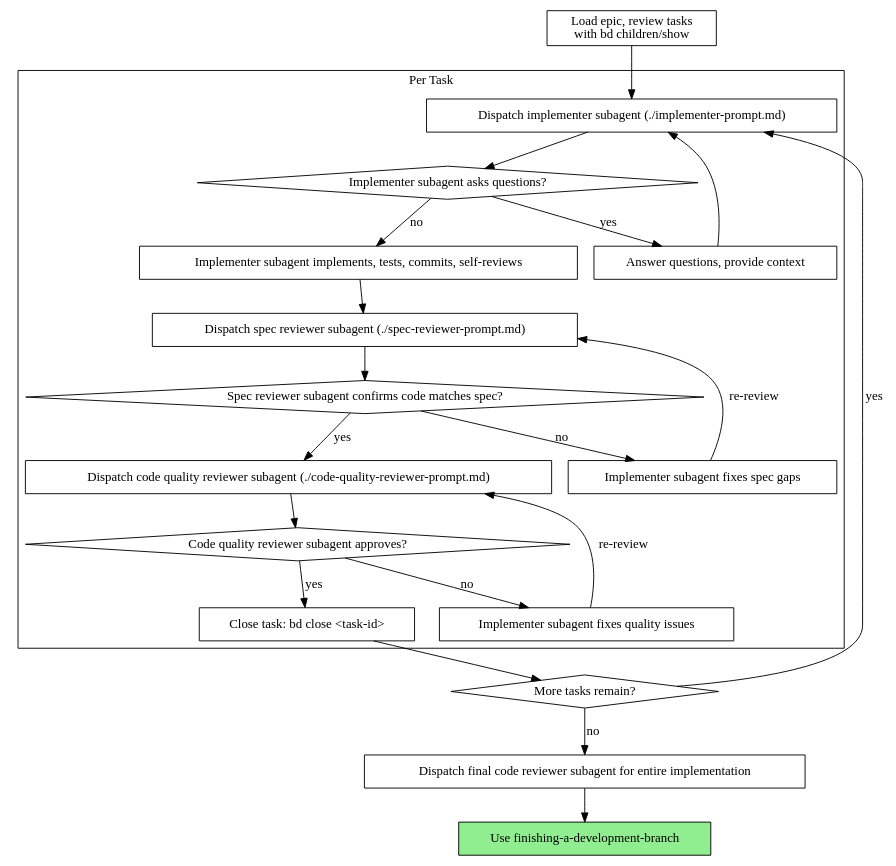
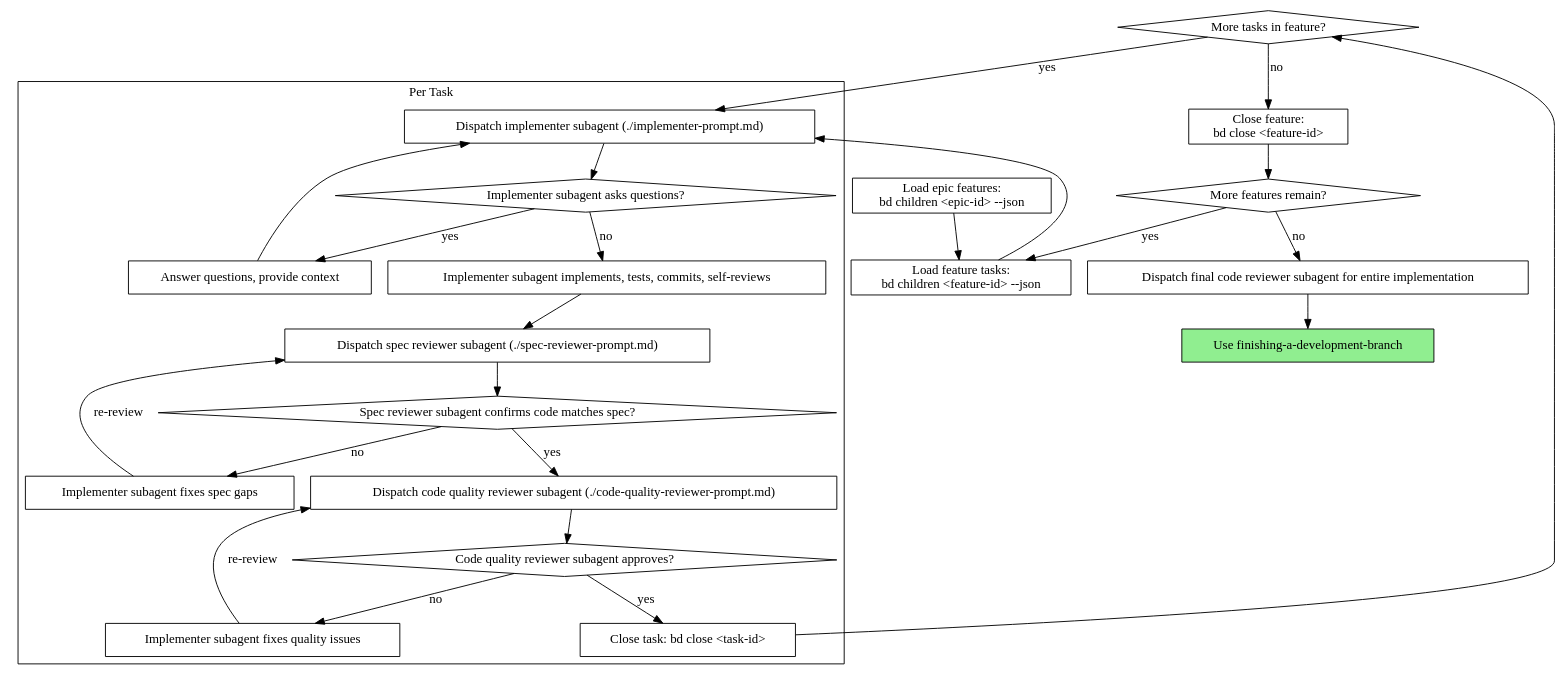
One commit to jwp23/spe changed the second of 2 diagrams in .claude/skills/subagent-driven-development/SKILL.md. Above: the diagram before and after it, drawn with Graphviz. The commit also changed other lines of this file, not shown here.

Commit message:
fix: close parent features explicitly in subagent-driven-development skill (#50)

````diff
--- a/.claude/skills/subagent-driven-development/SKILL.md
+++ b/.claude/skills/subagent-driven-development/SKILL.md
@@ -42,44 +42,51 @@
 ```dot
 digraph process {
     rankdir=TB;
 
     subgraph cluster_per_task {
         label="Per Task";
         "Dispatch implementer subagent (./implementer-prompt.md)" [shape=box];
         "Implementer subagent asks questions?" [shape=diamond];
         "Answer questions, provide context" [shape=box];
         "Implementer subagent implements, tests, commits, self-reviews" [shape=box];
         "Dispatch spec reviewer subagent (./spec-reviewer-prompt.md)" [shape=box];
         "Spec reviewer subagent confirms code matches spec?" [shape=diamond];
         "Implementer subagent fixes spec gaps" [shape=box];
         "Dispatch code quality reviewer subagent (./code-quality-reviewer-prompt.md)" [shape=box];
         "Code quality reviewer subagent approves?" [shape=diamond];
         "Implementer subagent fixes quality issues" [shape=box];
         "Close task: bd close <task-id>" [shape=box];
     }
 
-    "Load epic, review tasks\nwith bd children/show" [shape=box];
-    "More tasks remain?" [shape=diamond];
+    "Load epic features:\nbd children <epic-id> --json" [shape=box];
+    "Load feature tasks:\nbd children <feature-id> --json" [shape=box];
+    "More tasks in feature?" [shape=diamond];
+    "Close feature:\nbd close <feature-id>" [shape=box];
+    "More features remain?" [shape=diamond];
     "Dispatch final code reviewer subagent for entire implementation" [shape=box];
     "Use finishing-a-development-branch" [shape=box style=filled fillcolor=lightgreen];
 
-    "Load epic, review tasks\nwith bd children/show" -> "Dispatch implementer subagent (./implementer-prompt.md)";
+    "Load epic features:\nbd children <epic-id> --json" -> "Load feature tasks:\nbd children <feature-id> --json";
+    "Load feature tasks:\nbd children <feature-id> --json" -> "Dispatch implementer subagent (./implementer-prompt.md)";
     "Dispatch implementer subagent (./implementer-prompt.md)" -> "Implementer subagent asks questions?";
     "Implementer subagent asks questions?" -> "Answer questions, provide context" [label="yes"];
     "Answer questions, provide context" -> "Dispatch implementer subagent (./implementer-prompt.md)";
     "Implementer subagent asks questions?" -> "Implementer subagent implements, tests, commits, self-reviews" [label="no"];
     "Implementer subagent implements, tests, commits, self-reviews" -> "Dispatch spec reviewer subagent (./spec-reviewer-prompt.md)";
     "Dispatch spec reviewer subagent (./spec-reviewer-prompt.md)" -> "Spec reviewer subagent confirms code matches spec?";
     "Spec reviewer subagent confirms code matches spec?" -> "Implementer subagent fixes spec gaps" [label="no"];
     "Implementer subagent fixes spec gaps" -> "Dispatch spec reviewer subagent (./spec-reviewer-prompt.md)" [label="re-review"];
     "Spec reviewer subagent confirms code matches spec?" -> "Dispatch code quality reviewer subagent (./code-quality-reviewer-prompt.md)" [label="yes"];
     "Dispatch code quality reviewer subagent (./code-quality-reviewer-prompt.md)" -> "Code quality reviewer subagent approves?";
     "Code quality reviewer subagent approves?" -> "Implementer subagent fixes quality issues" [label="no"];
     "Implementer subagent fixes quality issues" -> "Dispatch code quality reviewer subagent (./code-quality-reviewer-prompt.md)" [label="re-review"];
     "Code quality reviewer subagent approves?" -> "Close task: bd close <task-id>" [label="yes"];
-    "Close task: bd close <task-id>" -> "More tasks remain?";
-    "More tasks remain?" -> "Dispatch implementer subagent (./implementer-prompt.md)" [label="yes"];
-    "More tasks remain?" -> "Dispatch final code reviewer subagent for entire implementation" [label="no"];
+    "Close task: bd close <task-id>" -> "More tasks in feature?";
+    "More tasks in feature?" -> "Dispatch implementer subagent (./implementer-prompt.md)" [label="yes"];
+    "More tasks in feature?" -> "Close feature:\nbd close <feature-id>" [label="no"];
+    "Close feature:\nbd close <feature-id>" -> "More features remain?";
+    "More features remain?" -> "Load feature tasks:\nbd children <feature-id> --json" [label="yes"];
+    "More features remain?" -> "Dispatch final code reviewer subagent for entire implementation" [label="no"];
     "Dispatch final code reviewer subagent for entire implementation" -> "Use finishing-a-development-branch";
 }
 ```
````
